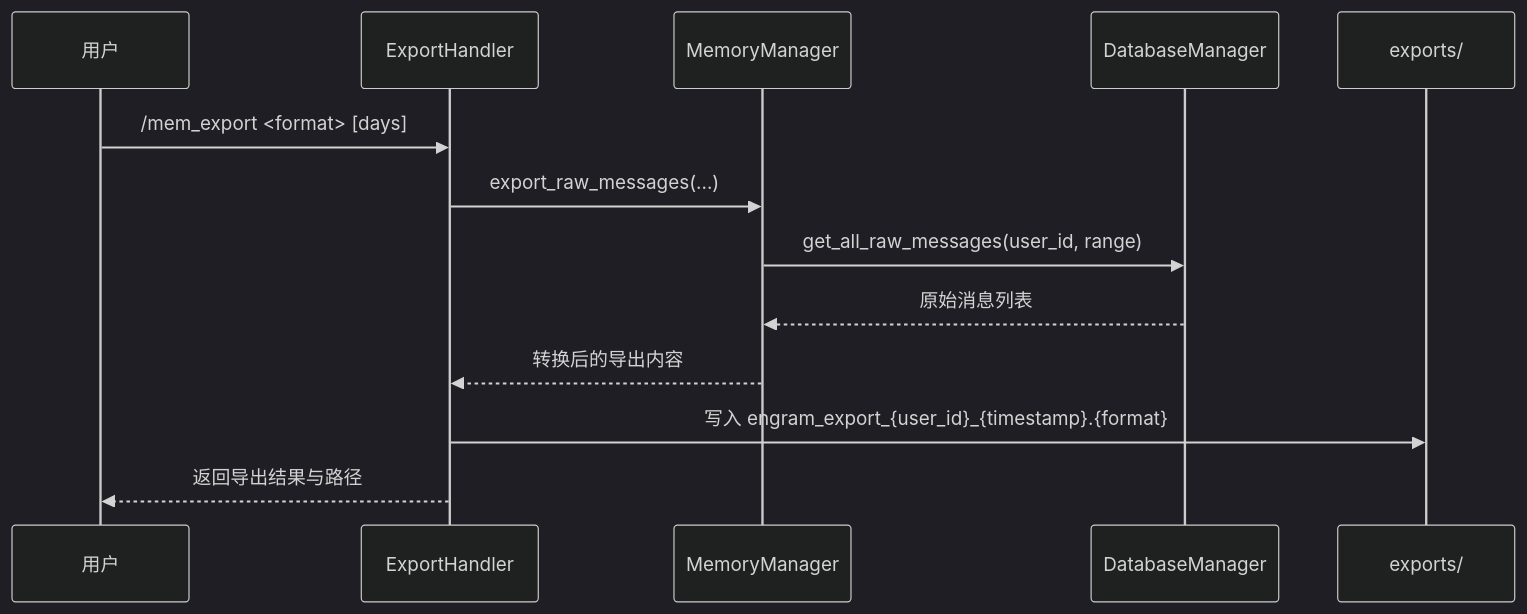
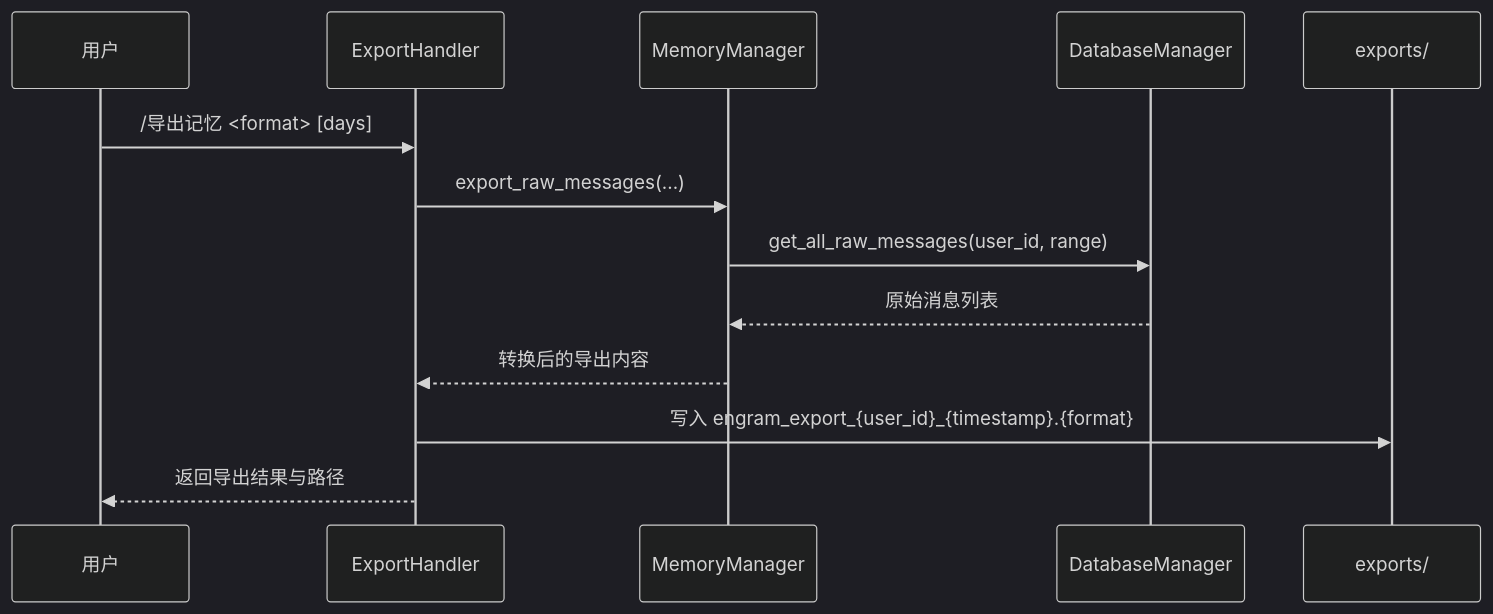
Diagram 12 of 15 in docs/主流程时序文档.md (victical/astrbot_plugin_engram), drawn with Mermaid (dark theme) before and after one commit. The commit also changed other lines of this file and 19 other files, not shown here.

````diff
--- a/docs/主流程时序文档.md
+++ b/docs/主流程时序文档.md
@@ -451,16 +451,16 @@
 ```mermaid
 sequenceDiagram
     participant User as 用户
     participant Handler as ExportHandler
     participant MM as MemoryManager
     participant DB as DatabaseManager
     participant Files as exports/
 
-    User->>Handler: /mem_export <format> [days]
+    User->>Handler: /导出记忆 <format> [days]
     Handler->>MM: export_raw_messages(...)
     MM->>DB: get_all_raw_messages(user_id, range)
     DB-->>MM: 原始消息列表
     MM-->>Handler: 转换后的导出内容
     Handler->>Files: 写入 engram_export_{user_id}_{timestamp}.{format}
     Handler-->>User: 返回导出结果与路径
 ```
````
